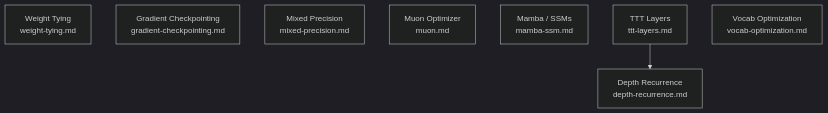
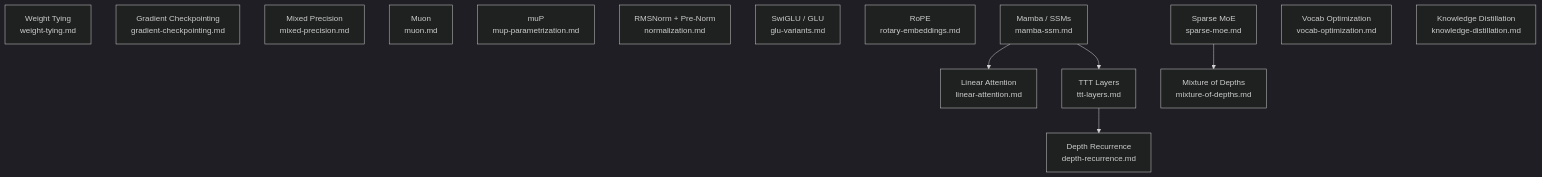
Before and after one commit to calwoo/research-notes: the diagram in concepts/deep-learning-engineering/overview.md, drawn with Mermaid (dark theme). The commit also changed other lines of this file, not shown here.

Commit message:
docs: expand DL engineering overview with 7 new planned notes from web search — RMSNorm, SwiGLU, RoPE, MoE, MoD, linear attention, muP

````diff
--- a/concepts/deep-learning-engineering/overview.md
+++ b/concepts/deep-learning-engineering/overview.md
@@ -51,13 +84,24 @@
 ```mermaid
 flowchart TD
     WT["Weight Tying<br/>weight-tying.md"]
     GC["Gradient Checkpointing<br/>gradient-checkpointing.md"]
     MP["Mixed Precision<br/>mixed-precision.md"]
-    MU["Muon Optimizer<br/>muon.md"]
+    MU["Muon<br/>muon.md"]
+    UP["muP<br/>mup-parametrization.md"]
+    NM["RMSNorm + Pre-Norm<br/>normalization.md"]
+    GL["SwiGLU / GLU<br/>glu-variants.md"]
+    RO["RoPE<br/>rotary-embeddings.md"]
     MB["Mamba / SSMs<br/>mamba-ssm.md"]
+    LA["Linear Attention<br/>linear-attention.md"]
     TTT["TTT Layers<br/>ttt-layers.md"]
     DR["Depth Recurrence<br/>depth-recurrence.md"]
+    MoE["Sparse MoE<br/>sparse-moe.md"]
+    MoD["Mixture of Depths<br/>mixture-of-depths.md"]
     VO["Vocab Optimization<br/>vocab-optimization.md"]
+    KD["Knowledge Distillation<br/>knowledge-distillation.md"]
 
+    MB --> LA
+    MB --> TTT
     TTT --> DR
+    MoE --> MoD
 ```
````
